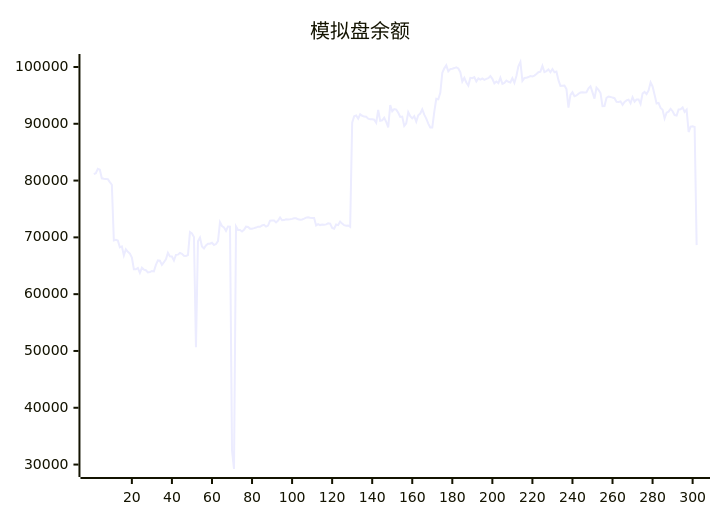
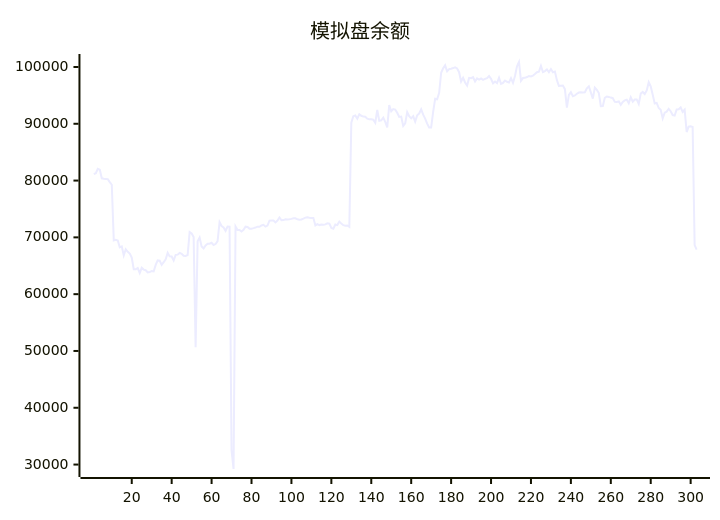
The diagram in README.md (aahl/ai-trading), drawn with Mermaid before and after one commit. The commit also changed other lines of this file and 1 other file, not shown here.

````diff
--- a/README.md
+++ b/README.md
@@ -5,5 +5,5 @@
 ```mermaid
 xychart
     title "模拟盘余额"
-    line [81118,81306,82066,81909,80392,80304,80291,80258,79729,79261,69466,69579,69456,68251,68415,66832,67911,67462,67144,66432,64380,64375,64606,63741,64647,64324,64216,63842,63877,64079,64008,65156,65945,65888,65157,65625,66144,67284,66653,66639,65924,66925,66956,67263,67108,66766,66729,66886,70927,70673,70049,50652,69334,69973,68400,68061,68578,68877,68879,69055,68662,68822,69329,72687,71999,71760,71163,71911,71896,32500,29218,71927,71297,71305,71044,71337,71883,71822,71536,71536,71622,71723,71880,71860,72100,72216,71887,72077,72940,72976,72966,72638,72948,73497,73004,73041,73173,73160,73187,73258,73375,73351,73173,73098,73161,73305,73474,73536,73457,73413,73412,72100,72333,72164,72272,72204,72285,72461,72421,71652,71521,72267,72157,72774,72425,72144,72060,72091,71858,90185,91338,91466,90900,91678,91404,91268,91244,90903,90779,90787,90721,90187,92429,90518,90619,91070,90328,89376,93286,92202,92581,92485,91947,91196,91259,89619,90086,92063,91355,90950,91327,90373,91498,91800,92531,91603,90910,90031,89351,89334,92097,94406,94315,95455,98972,99763,100286,99229,99622,99701,99805,99938,99738,99082,97430,98094,97267,96741,98081,98013,98194,97447,97983,97789,97969,97729,97911,98043,98405,97912,97120,97448,97154,98095,97021,97191,97616,97402,97263,98035,97210,98424,100121,100876,97552,98049,98085,98228,98388,98342,98488,98750,99086,99181,100188,99107,99272,99553,99072,99636,99061,99186,97674,96679,96704,96743,96096,92830,95088,95560,94866,94995,95295,95497,95531,95527,95559,96236,96597,95538,94422,96363,95972,95418,93095,93128,94558,94795,94727,94611,94508,93857,93852,93955,93340,93862,94112,94249,93603,94682,93898,94267,94288,93490,95337,95601,95226,95879,97301,96573,95113,93569,93681,92773,92453,90953,91954,92130,92637,92209,91536,91462,92532,92562,92875,92086,92488,88547,89491,89563,89429,68632]
+    line [81118,81306,82066,81909,80392,80304,80291,80258,79729,79261,69466,69579,69456,68251,68415,66832,67911,67462,67144,66432,64380,64375,64606,63741,64647,64324,64216,63842,63877,64079,64008,65156,65945,65888,65157,65625,66144,67284,66653,66639,65924,66925,66956,67263,67108,66766,66729,66886,70927,70673,70049,50652,69334,69973,68400,68061,68578,68877,68879,69055,68662,68822,69329,72687,71999,71760,71163,71911,71896,32500,29218,71927,71297,71305,71044,71337,71883,71822,71536,71536,71622,71723,71880,71860,72100,72216,71887,72077,72940,72976,72966,72638,72948,73497,73004,73041,73173,73160,73187,73258,73375,73351,73173,73098,73161,73305,73474,73536,73457,73413,73412,72100,72333,72164,72272,72204,72285,72461,72421,71652,71521,72267,72157,72774,72425,72144,72060,72091,71858,90185,91338,91466,90900,91678,91404,91268,91244,90903,90779,90787,90721,90187,92429,90518,90619,91070,90328,89376,93286,92202,92581,92485,91947,91196,91259,89619,90086,92063,91355,90950,91327,90373,91498,91800,92531,91603,90910,90031,89351,89334,92097,94406,94315,95455,98972,99763,100286,99229,99622,99701,99805,99938,99738,99082,97430,98094,97267,96741,98081,98013,98194,97447,97983,97789,97969,97729,97911,98043,98405,97912,97120,97448,97154,98095,97021,97191,97616,97402,97263,98035,97210,98424,100121,100876,97552,98049,98085,98228,98388,98342,98488,98750,99086,99181,100188,99107,99272,99553,99072,99636,99061,99186,97674,96679,96704,96743,96096,92830,95088,95560,94866,94995,95295,95497,95531,95527,95559,96236,96597,95538,94422,96363,95972,95418,93095,93128,94558,94795,94727,94611,94508,93857,93852,93955,93340,93862,94112,94249,93603,94682,93898,94267,94288,93490,95337,95601,95226,95879,97301,96573,95113,93569,93681,92773,92453,90953,91954,92130,92637,92209,91536,91462,92532,92562,92875,92086,92488,88547,89491,89563,89429,68632,67833]
 ```
````
